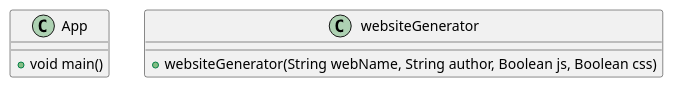
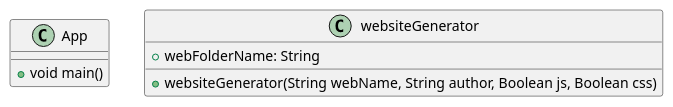
The diagram in src/main/java/ex43/ex43.puml (dl2579/larocque-cop3330-assignment3), drawn with PlantUML before and after one commit. The commit also changed 14 other files, not shown here.

```diff
--- a/src/main/java/ex43/ex43.puml
+++ b/src/main/java/ex43/ex43.puml
@@ -1,10 +1,11 @@
 @startuml
 class App {
     +void main()
 }
 
 class websiteGenerator {
+    +webFolderName: String
     +websiteGenerator(String webName, String author, Boolean js, Boolean css)
 }
 
 @enduml
```
